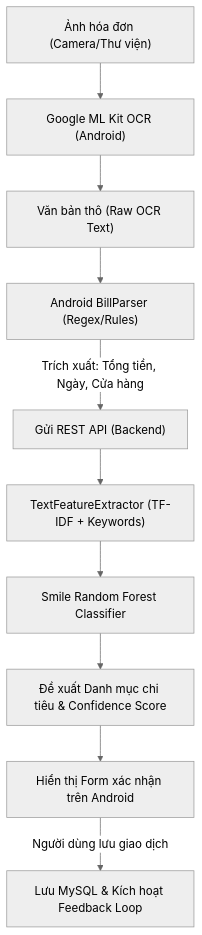
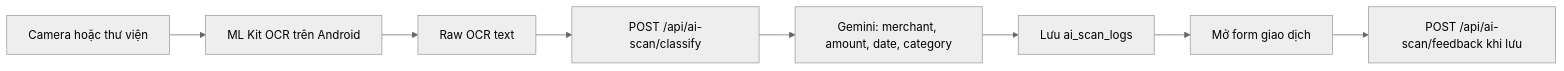
The first of 2 diagrams in docs/AI_PIPELINE.md (quang-star/finace-app), drawn with Mermaid (neutral theme) before and after one commit. The commit also changed other lines of this file and 125 other files, not shown here.

Commit message:
Clean up demo flows and improve OCR handling

````diff
--- a/docs/AI_PIPELINE.md
+++ b/docs/AI_PIPELINE.md
@@ -19,12 +12,10 @@
 ```mermaid
-graph TD
-    A["Ảnh hóa đơn (Camera/Thư viện)"] --> B["Google ML Kit OCR (Android)"]
-    B --> C["Văn bản thô (Raw OCR Text)"]
-    C --> D["Android BillParser (Regex/Rules)"]
-    D --> |"Trích xuất: Tổng tiền, Ngày, Cửa hàng"| E["Gửi REST API (Backend)"]
-    E --> F["TextFeatureExtractor (TF-IDF + Keywords)"]
-    F --> G["Smile Random Forest Classifier"]
-    G --> H["Đề xuất Danh mục chi tiêu & Confidence Score"]
-    H --> I["Hiển thị Form xác nhận trên Android"]
-    I --> |"Người dùng lưu giao dịch"| J["Lưu MySQL & Kích hoạt Feedback Loop"]
+graph LR
+    A["Camera hoặc thư viện"] --> B["ML Kit OCR trên Android"]
+    B --> C["Raw OCR text"]
+    C --> D["POST /api/ai-scan/classify"]
+    D --> E["Gemini: merchant, amount, date, category"]
+    E --> F["Lưu ai_scan_logs"]
+    F --> G["Mở form giao dịch"]
+    G --> H["POST /api/ai-scan/feedback khi lưu"]
 ```
````
